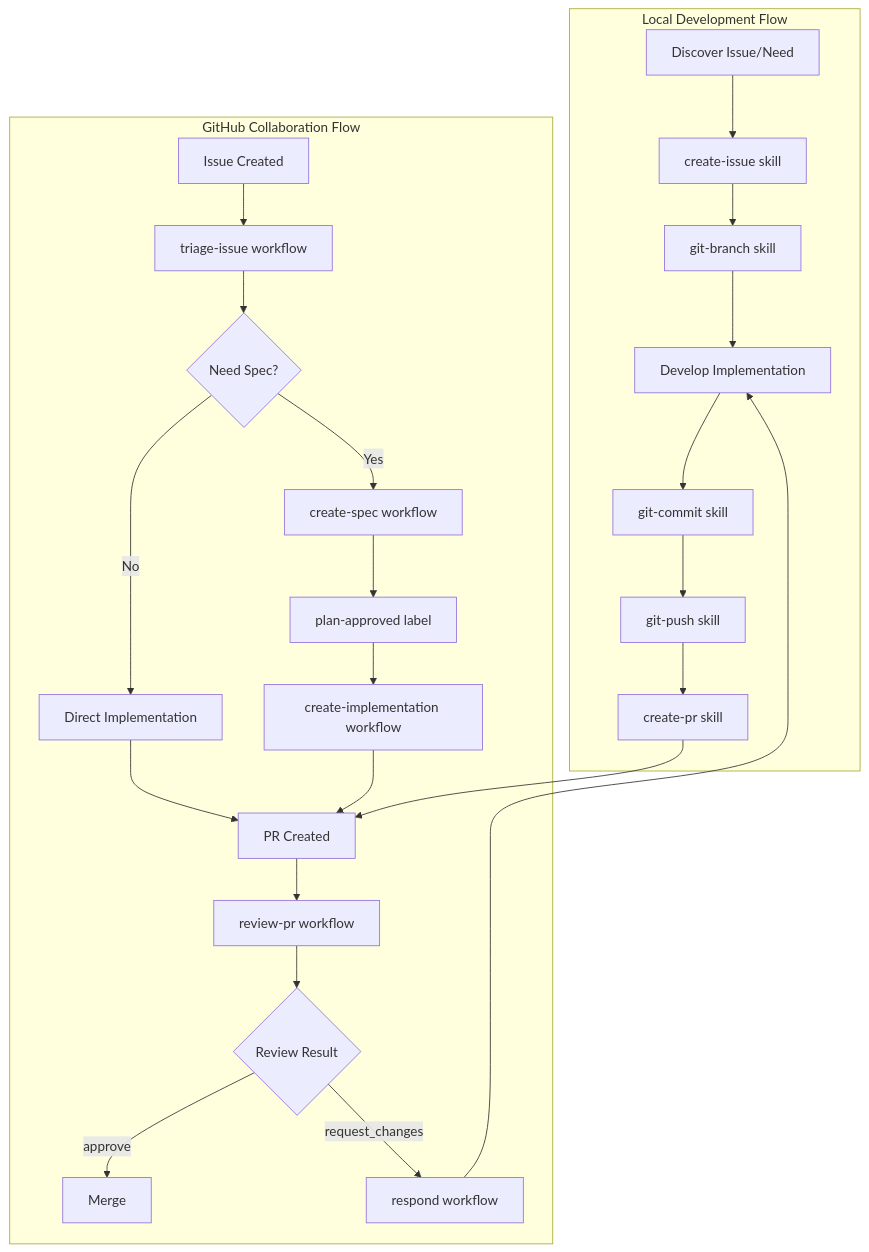
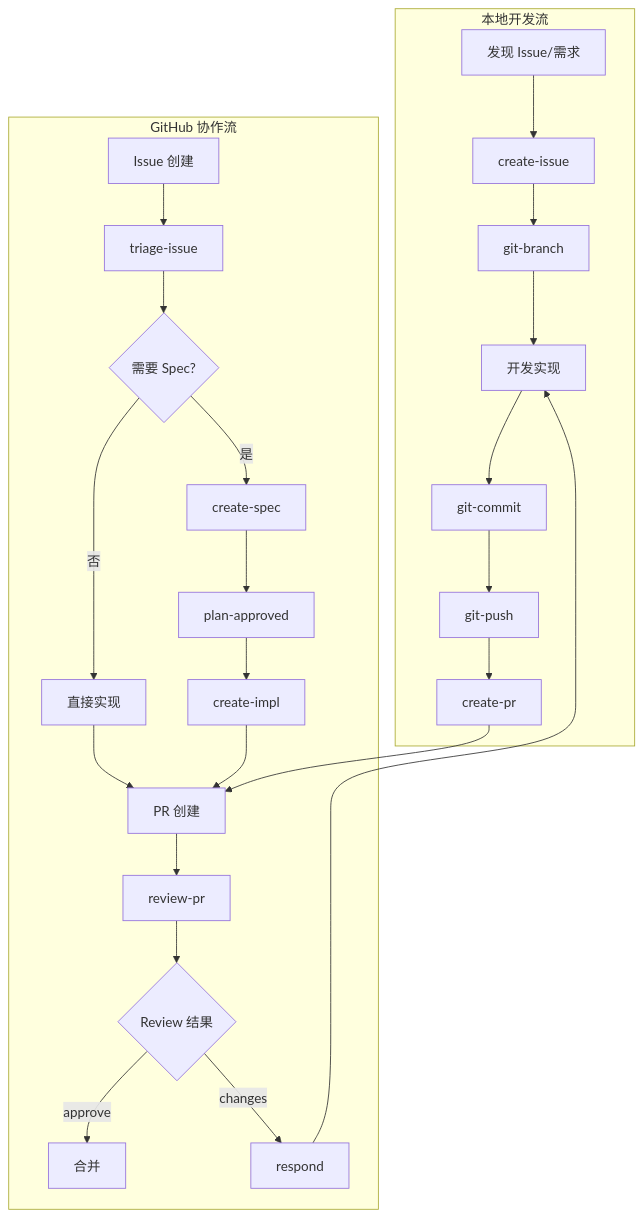
Before and after one commit to jialinamazon404/DevForge-Flow: the first of 2 diagrams in README.md, drawn with Mermaid. The commit also changed other lines of this file and 1 other file, not shown here.

````diff
--- a/README.md
+++ b/README.md
@@ -354,29 +439,29 @@
 ```mermaid
 flowchart TB
-    subgraph Local["Local Development Flow"]
-        A[Discover Issue/Need] --> B[create-issue skill]
-        B --> C[git-branch skill]
-        C --> D[Develop Implementation]
-        D --> E[git-commit skill]
-        E --> F[git-push skill]
-        F --> G[create-pr skill]
+    subgraph Local["本地开发流"]
+        A[发现 Issue/需求] --> B[create-issue]
+        B --> C[git-branch]
+        C --> D[开发实现]
+        D --> E[git-commit]
+        E --> F[git-push]
+        F --> G[create-pr]
     end
     
-    subgraph GitHub["GitHub Collaboration Flow"]
-        H[Issue Created] --> I[triage-issue workflow]
-        I --> J{Need Spec?}
-        J -->|Yes| K[create-spec workflow]
-        K --> L[plan-approved label]
-        L --> M[create-implementation workflow]
-        J -->|No| N[Direct Implementation]
-        N --> O[PR Created]
+    subgraph GitHub["GitHub 协作流"]
+        H[Issue 创建] --> I[triage-issue]
+        I --> J{需要 Spec?}
+        J -->|是| K[create-spec]
+        K --> L[plan-approved]
+        L --> M[create-impl]
+        J -->|否| N[直接实现]
+        N --> O[PR 创建]
         M --> O
-        O --> P[review-pr workflow]
-        P --> Q{Review Result}
-        Q -->|approve| R[Merge]
-        Q -->|request_changes| S[respond workflow]
+        O --> P[review-pr]
+        P --> Q{Review 结果}
+        Q -->|approve| R[合并]
+        Q -->|changes| S[respond]
         S --> D
     end
     
     G --> O
 ```
````
